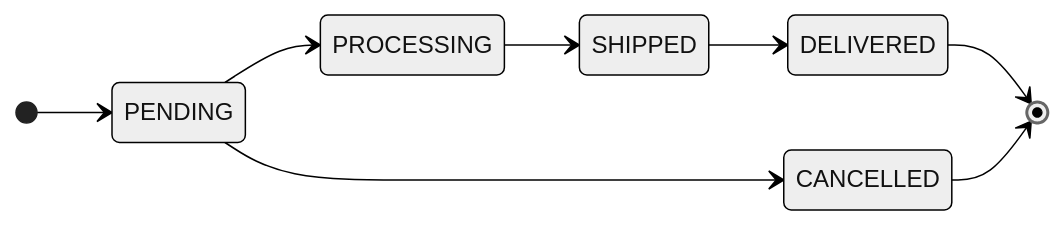
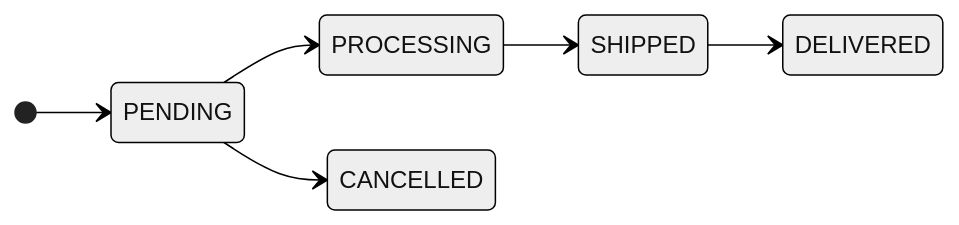
The first of 3 diagrams in README.md (Mayurtm29/ecommerce-order-processing-system), drawn with Mermaid (neutral theme) before and after one commit.

Commit message:
update the Order status flow

````diff
--- a/README.md
+++ b/README.md
@@ -203,11 +203,9 @@
 ```mermaid
 stateDiagram-v2
   direction LR
   [*] --> PENDING
   PENDING --> PROCESSING
   PROCESSING --> SHIPPED
   SHIPPED --> DELIVERED
-  PENDING --> CANCELLED
-  DELIVERED --> [*]
-  CANCELLED --> [*]
+  PENDING --> CANCELLED 
 ```
````
